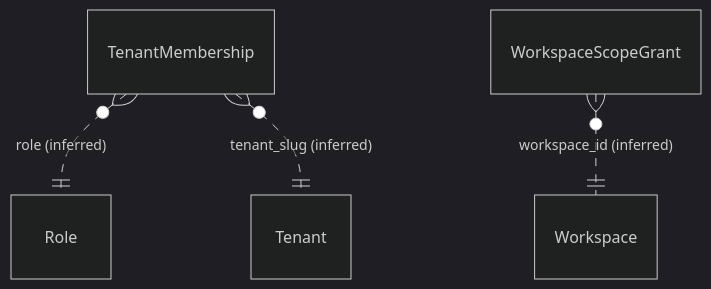
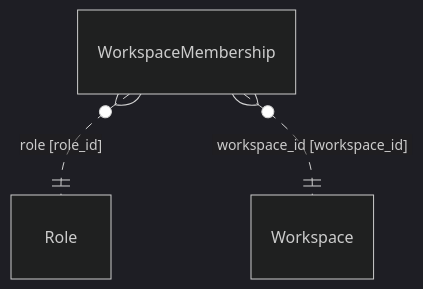
The sixth of 8 diagrams in docs/reference/data-model.md (ruinosus/dna), drawn with Mermaid (dark theme) before and after one commit. The commit also changed other lines of this file and 71 other files, not shown here.

````diff
--- a/docs/reference/data-model.md
+++ b/docs/reference/data-model.md
@@ -359,11 +294,8 @@
 ```mermaid
 erDiagram
     Role
-    Tenant
-    TenantMembership
     Workspace
-    WorkspaceScopeGrant
-    TenantMembership }o..|| Role : "role (inferred)"
-    TenantMembership }o..|| Tenant : "tenant_slug (inferred)"
-    WorkspaceScopeGrant }o..|| Workspace : "workspace_id (inferred)"
+    WorkspaceMembership
+    WorkspaceMembership }o..|| Role : "role [role_id]"
+    WorkspaceMembership }o..|| Workspace : "workspace_id [workspace_id]"
 ```
````
